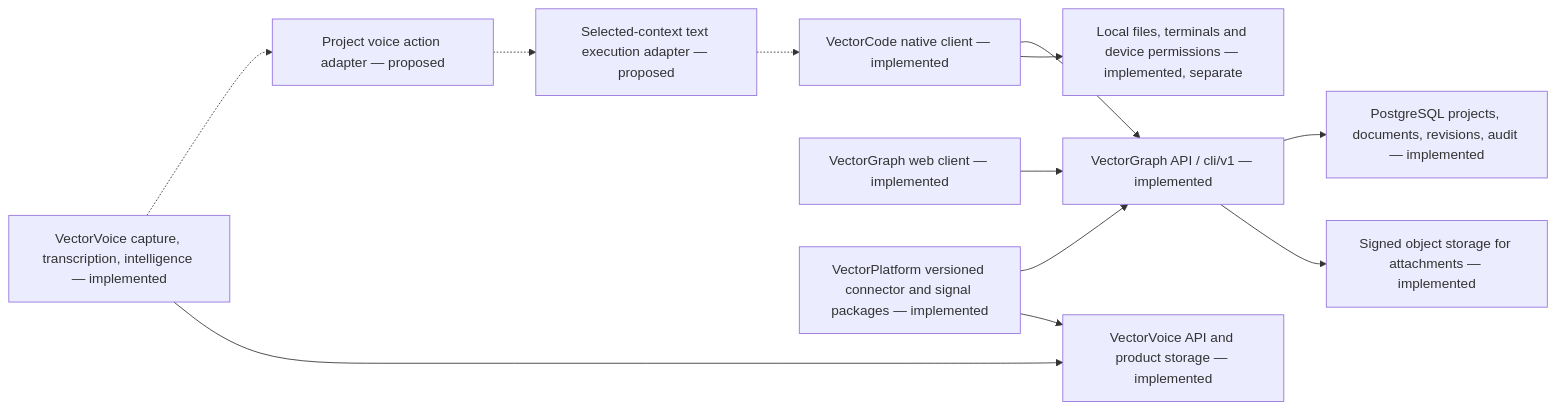
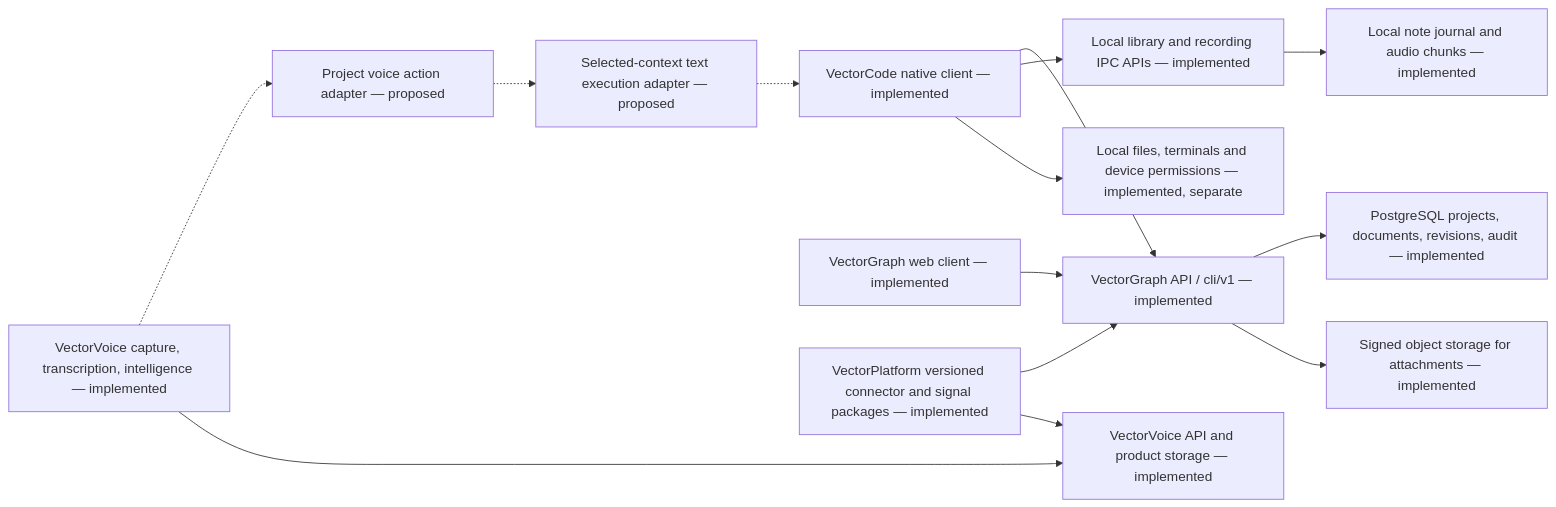
The diagram in docs/work-application-architecture.md (davidgrijalva-orin/vector-code), drawn with Mermaid before and after one commit. The commit also changed other lines of this file and 23 other files, not shown here.

````diff
--- a/docs/work-application-architecture.md
+++ b/docs/work-application-architecture.md
@@ -20,14 +21,16 @@
 ```mermaid
 flowchart LR
   Native["VectorCode native client — implemented"] --> API["VectorGraph API / cli/v1 — implemented"]
   Web["VectorGraph web client — implemented"] --> API
   API --> DB["PostgreSQL projects, documents, revisions, audit — implemented"]
   API --> Objects["Signed object storage for attachments — implemented"]
+  Native --> LocalAPI["Local library and recording IPC APIs — implemented"]
+  LocalAPI --> LocalData["Local note journal and audio chunks — implemented"]
   Native --> Local["Local files, terminals and device permissions — implemented, separate"]
   Text["Selected-context text execution adapter — proposed"] -.-> Native
   Voice["VectorVoice capture, transcription, intelligence — implemented"] -.-> VA["Project voice action adapter — proposed"]
   VA -.-> Text
   Voice --> VoiceAPI["VectorVoice API and product storage — implemented"]
   Platform["VectorPlatform versioned connector and signal packages — implemented"] --> API
   Platform --> VoiceAPI
 ```
````
